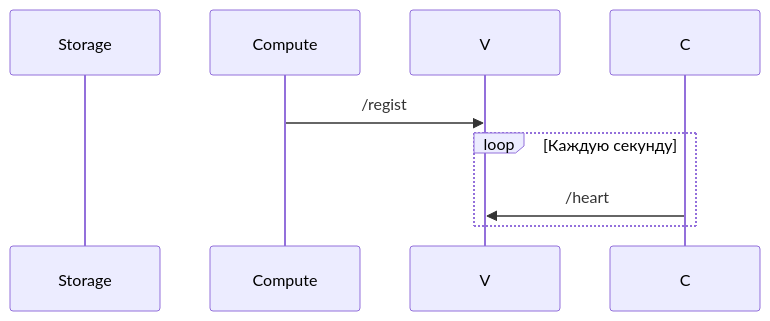
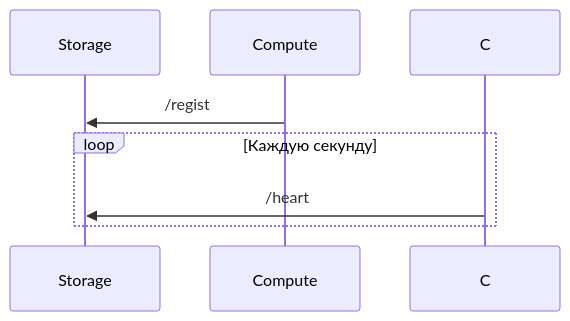
One commit to XJIeI5/calculator changed the diagram in README.md. Above: the diagram before and after it, drawn with Mermaid.

````diff
--- a/README.md
+++ b/README.md
@@ -156,9 +156,9 @@
 ```mermaid
 sequenceDiagram;
   participant S as Storage;
   participant C as Compute;
-  C->>V: /regist;
+  C->>S: /regist;
   loop Каждую секунду;
-  С->>V: /heart;
+  С->>S: /heart;
   end;
 ```
````
